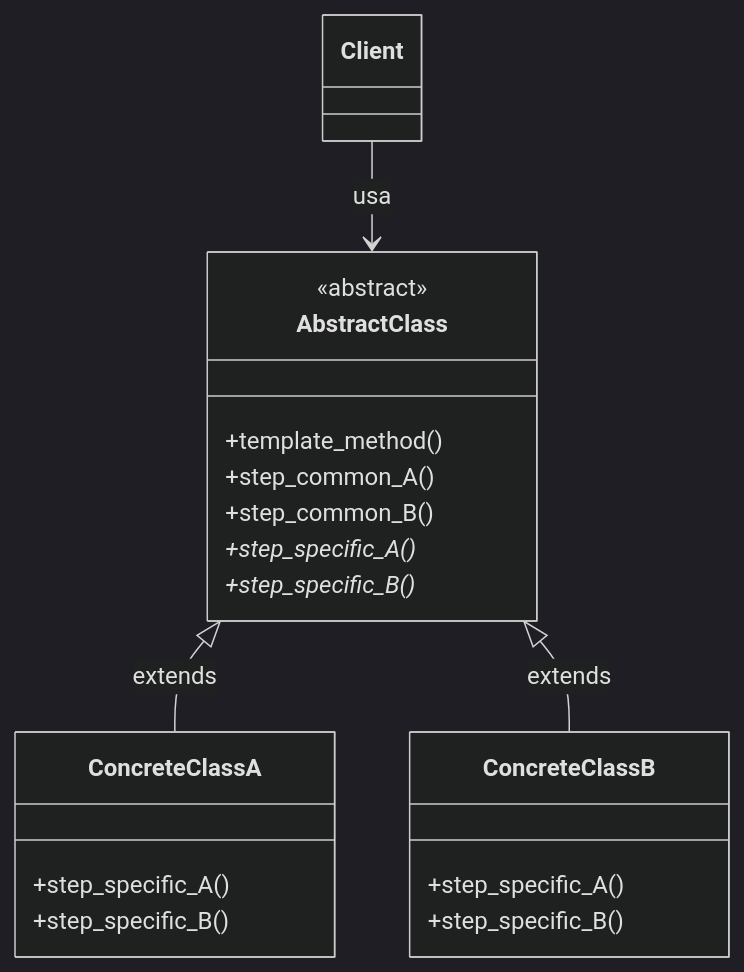
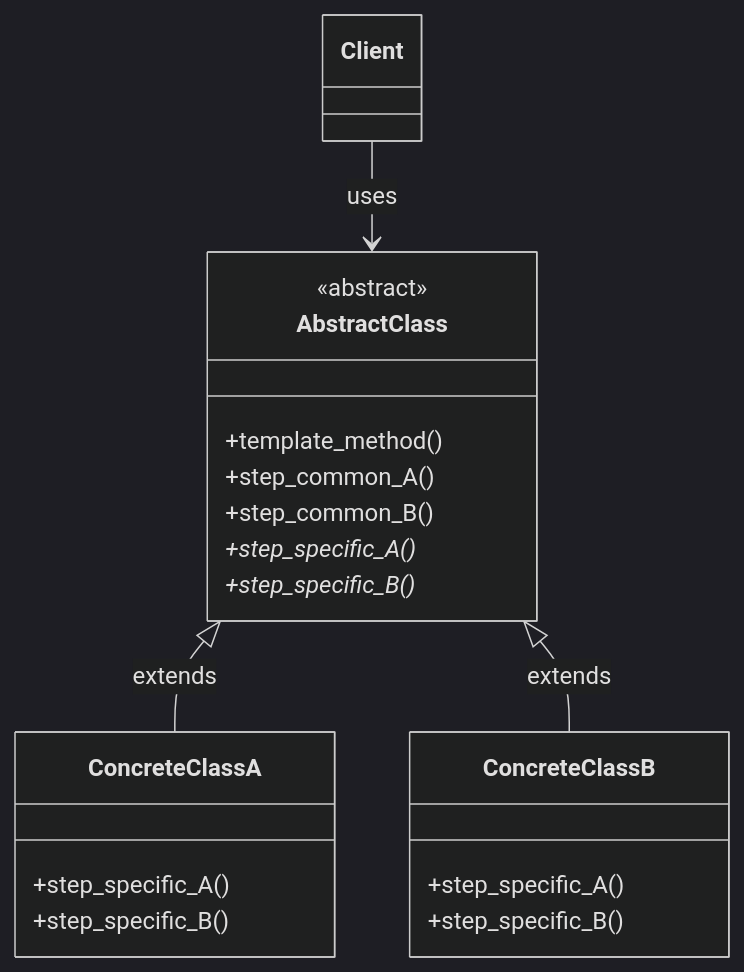
One commit to lucadileo9/design-pattern changed the first of 3 diagrams in 03_behavioral/template-method/README.MD. Above: the diagram before and after it, drawn with Mermaid (dark theme). The commit also changed other lines of this file and 43 other files, not shown here.

````diff
--- a/03_behavioral/template-method/README.MD
+++ b/03_behavioral/template-method/README.MD
@@ -27,24 +27,24 @@
 ```mermaid
 classDiagram
     class AbstractClass {
         <<abstract>>
         +template_method()
         +step_common_A()
         +step_common_B()
         +step_specific_A()*
         +step_specific_B()*
     }
     class ConcreteClassA {
         +step_specific_A()
         +step_specific_B()
     }
     class ConcreteClassB {
         +step_specific_A()
         +step_specific_B()
     }
     class Client
 
     AbstractClass <|-- ConcreteClassA : extends
     AbstractClass <|-- ConcreteClassB : extends
-    Client --> AbstractClass : usa
+    Client --> AbstractClass : uses
 ```
````
